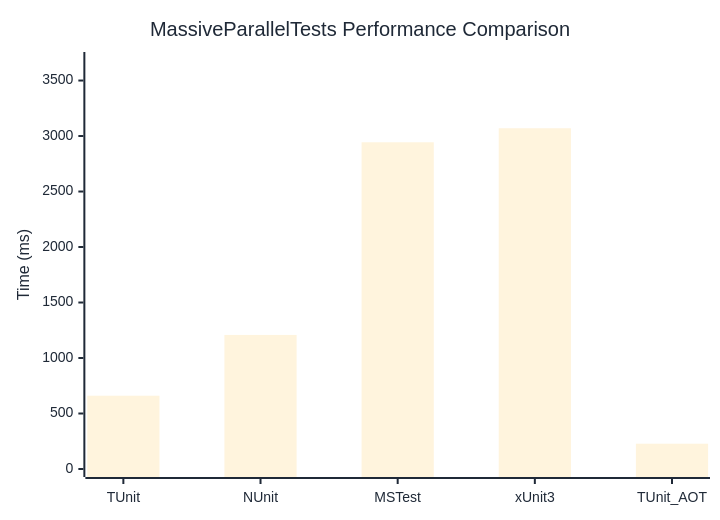
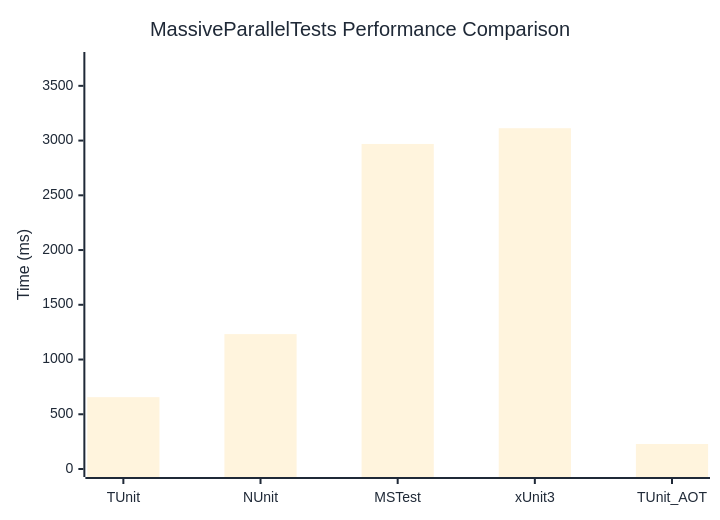
Before and after one commit to thomhurst/TUnit: the diagram in docs/docs/benchmarks/MassiveParallelTests.md, drawn with Mermaid. The commit also changed other lines of this file and 17 other files, not shown here.

````diff
--- a/docs/docs/benchmarks/MassiveParallelTests.md
+++ b/docs/docs/benchmarks/MassiveParallelTests.md
@@ -27,37 +27,37 @@
 ```mermaid
 %%{init: {
   'theme':'base',
   'themeVariables': {
     'primaryColor': '#2563eb',
     'primaryTextColor': '#1f2937',
     'primaryBorderColor': '#1e40af',
     'lineColor': '#6b7280',
     'secondaryColor': '#7c3aed',
     'tertiaryColor': '#dc2626',
     'background': '#ffffff',
     'mainBkg': '#2563eb',
     'secondBkg': '#7c3aed',
     'tertiaryBkg': '#dc2626',
     'clusterBkg': '#f3f4f6',
     'edgeLabelBackground': '#ffffff',
     'tertiaryTextColor': '#1f2937',
     'pie1': '#2563eb',
     'pie2': '#7c3aed',
     'pie3': '#dc2626',
     'pie4': '#f59e0b',
     'pie5': '#10b981',
     'pie6': '#06b6d4',
     'pie7': '#ec4899',
     'pie8': '#6366f1',
     'pie9': '#84cc16',
     'pie10': '#f97316',
     'pie11': '#14b8a6',
     'pie12': '#a855f7'
   }
 }}%%
 xychart-beta
   title "MassiveParallelTests Performance Comparison"
   x-axis ["TUnit", "NUnit", "MSTest", "xUnit3", "TUnit_AOT"]
-  y-axis "Time (ms)" 0 --> 3685
-  bar [660.4, 1207.8, 2943.6, 3070.1, 227.9]
+  y-axis "Time (ms)" 0 --> 3736
+  bar [656.3, 1232.1, 2969.1, 3112.8, 228.3]
 ```
````
